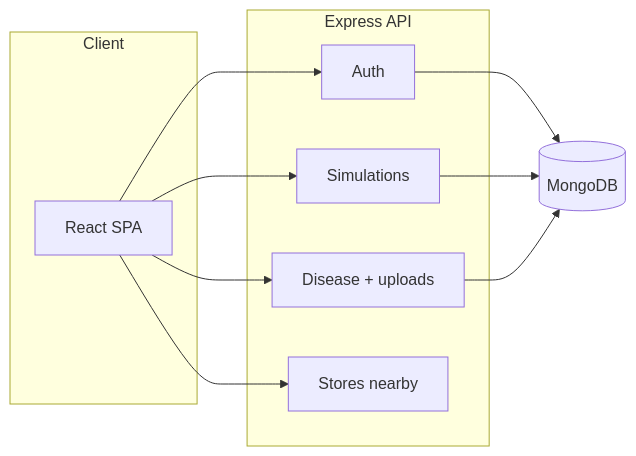
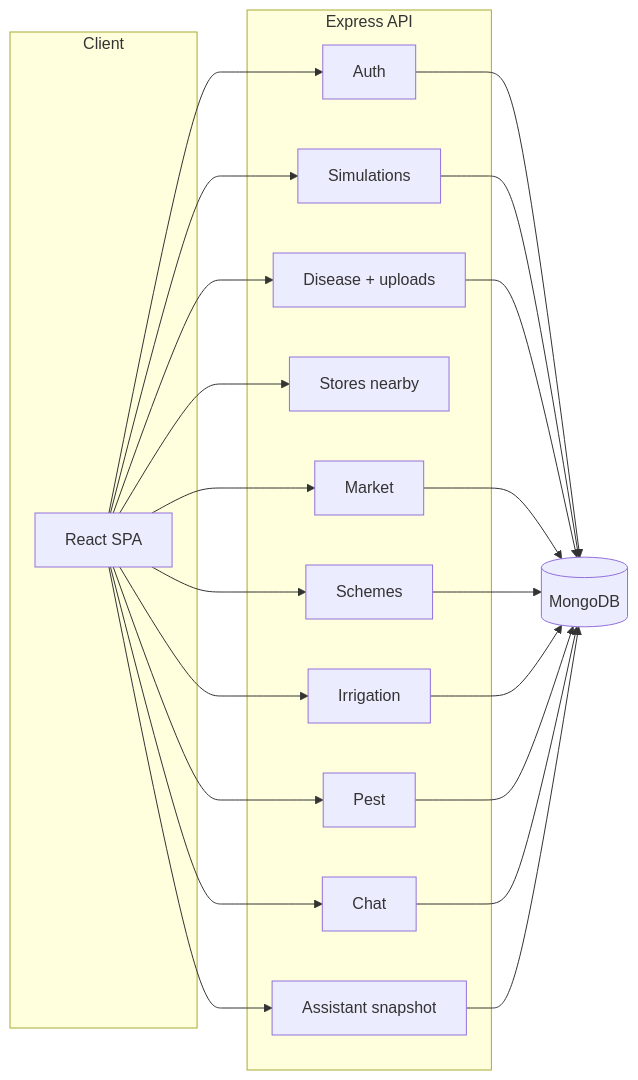
Before and after one commit to katikolakarthik/sparcx_Aethronix: the diagram in README.md, drawn with Mermaid. The commit also changed other lines of this file and 45 other files, not shown here.

````diff
--- a/README.md
+++ b/README.md
@@ -108,20 +126,38 @@
 ```mermaid
 flowchart LR
   subgraph Client
     A[React SPA]
   end
   subgraph API[Express API]
     B[Auth]
     C[Simulations]
     D[Disease + uploads]
     E[Stores nearby]
+    M[Market]
+    S[Schemes]
+    I[Irrigation]
+    P[Pest]
+    H[Chat]
+    AS[Assistant snapshot]
   end
   F[(MongoDB)]
   A --> B
   A --> C
   A --> D
   A --> E
+  A --> M
+  A --> S
+  A --> I
+  A --> P
+  A --> H
+  A --> AS
   B --> F
   C --> F
   D --> F
+  M --> F
+  S --> F
+  I --> F
+  P --> F
+  H --> F
+  AS --> F
 ```
````
